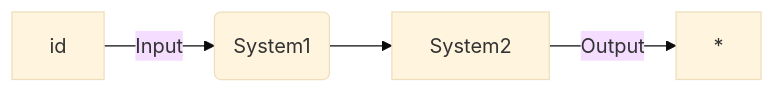
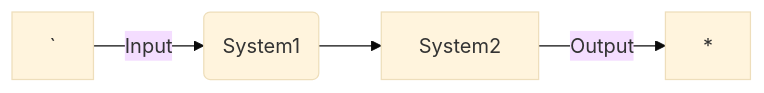
One commit to setrar/dsp changed the third of 4 diagrams in signal-processing/kutz/5/README.md. Above: the diagram before and after it, drawn with Mermaid (base theme).

````diff
--- a/signal-processing/kutz/5/README.md
+++ b/signal-processing/kutz/5/README.md
@@ -56,7 +56,7 @@
 ```mermaid
 flowchart LR
 
-id -->|Input| B(System1)
+` -->|Input| B(System1)
 B --> C[System2]
 C -->|Output| *
 ```
````
